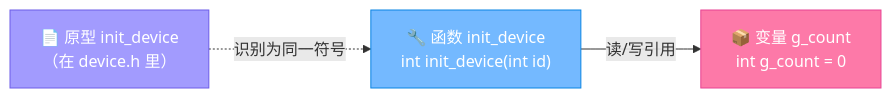
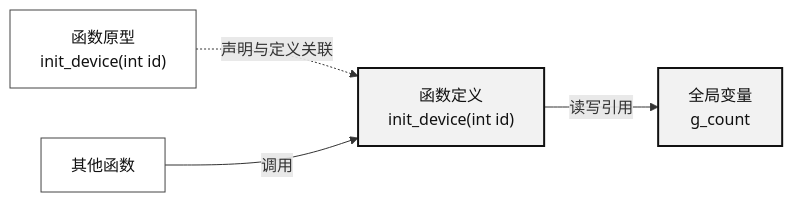
Before and after one commit to chenmr0/codegraph: the seventh of 7 diagrams in README.md, drawn with Mermaid. The commit also changed other lines of this file, not shown here.

````diff
--- a/README.md
+++ b/README.md
@@ -241,11 +262,10 @@
 ```mermaid
 flowchart LR
-    V["📦 变量 g_count<br/>int g_count = 0"]:::var
-    F["🔧 函数 init_device<br/>int init_device(int id)"]:::fn
-    F -->|"读/写引用"| V
-    P["📄 原型 init_device<br/>（在 device.h 里）"]:::proto
-    P -.->|"识别为同一符号"| F
-    classDef var fill:#fd79a8,stroke:#e84393,color:#fff
-    classDef fn fill:#74b9ff,stroke:#0984e3,color:#fff
-    classDef proto fill:#a29bfe,stroke:#6c5ce7,color:#fff
+    P["函数原型\ninit_device(int id)"] -.声明与定义关联.-> F["函数定义\ninit_device(int id)"]
+    F -->|"读写引用"| V["全局变量\ng_count"]
+    C["其他函数"] -->|"调用"| F
+
+    classDef default fill:#ffffff,stroke:#444,color:#111;
+    classDef key fill:#f2f2f2,stroke:#111,stroke-width:2px,color:#111;
+    class F,V key;
 ```
````
